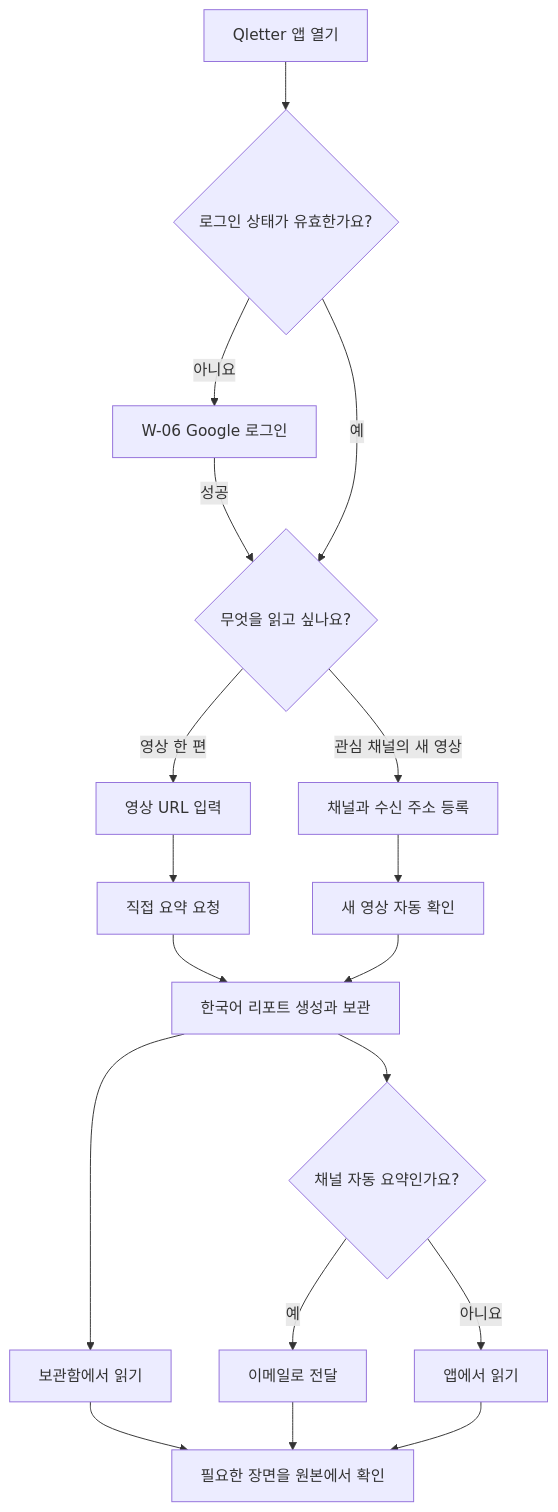
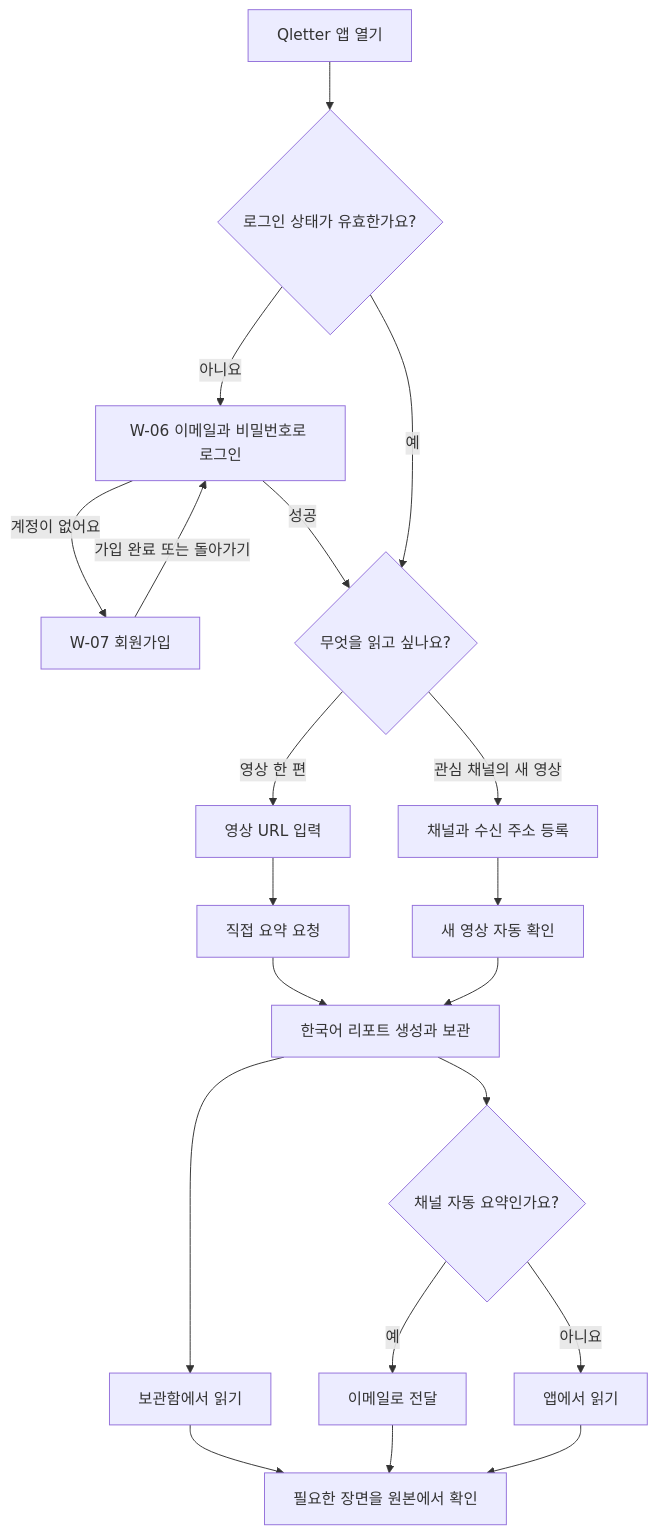
One commit to ted-workshop/user-interface-ssu changed the first of 5 diagrams in docs/qletter/05-user-flows.md. Above: the diagram before and after it, drawn with Mermaid. The commit also changed other lines of this file and 83 other files, not shown here.

````diff
--- a/docs/qletter/05-user-flows.md
+++ b/docs/qletter/05-user-flows.md
@@ -9,20 +9,22 @@
 ```mermaid
 flowchart TD
     Start[Qletter 앱 열기] --> Session{로그인 상태가 유효한가요?}
-    Session -->|아니요| Login[W-06 Google 로그인]
+    Session -->|아니요| Login[W-06 이메일과 비밀번호로 로그인]
+    Login -->|계정이 없어요| Signup[W-07 회원가입]
+    Signup -->|가입 완료 또는 돌아가기| Login
     Login -->|성공| Goal{무엇을 읽고 싶나요?}
     Session -->|예| Goal
     Goal -->|영상 한 편| URL[영상 URL 입력]
     Goal -->|관심 채널의 새 영상| Channel[채널과 수신 주소 등록]
     URL --> Direct[직접 요약 요청]
     Channel --> Watch[새 영상 자동 확인]
     Direct --> Report[한국어 리포트 생성과 보관]
     Watch --> Report
     Report --> Read[보관함에서 읽기]
     Report --> Delivery{채널 자동 요약인가요?}
     Delivery -->|예| Email[이메일로 전달]
     Delivery -->|아니요| AppRead[앱에서 읽기]
     Read --> Original[필요한 장면을 원본에서 확인]
     Email --> Original
     AppRead --> Original
 ```
````
